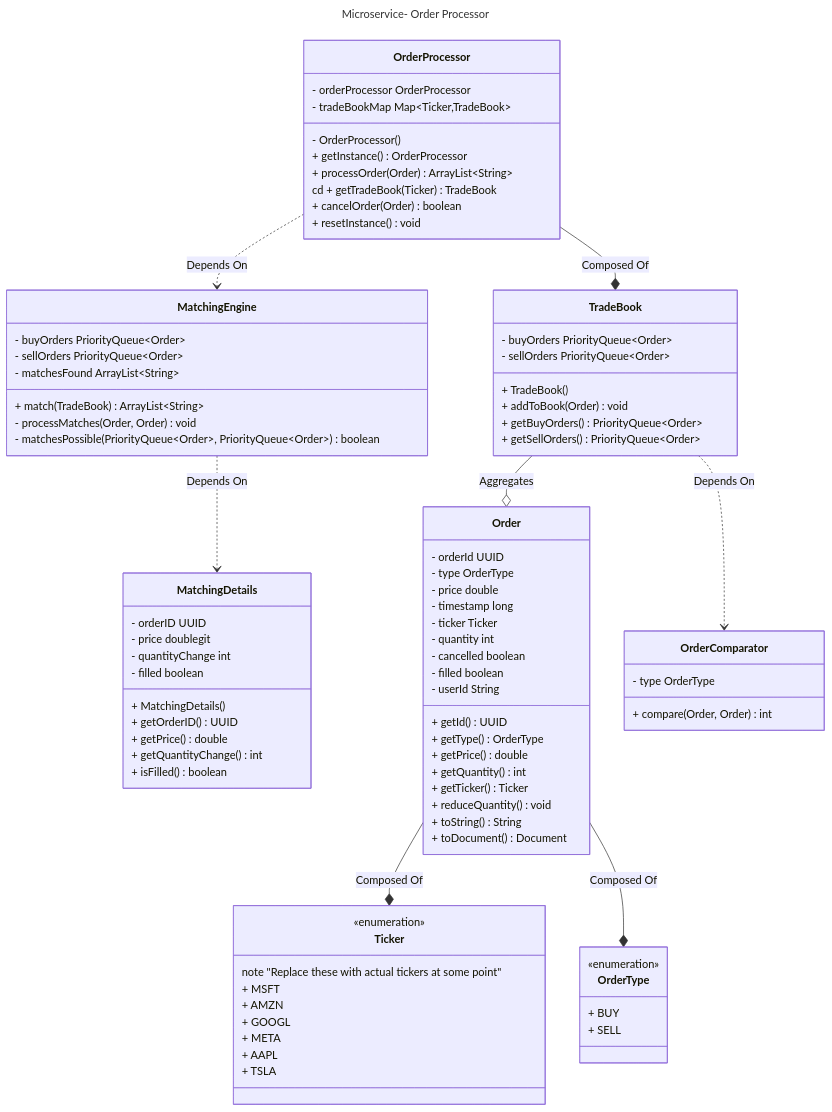
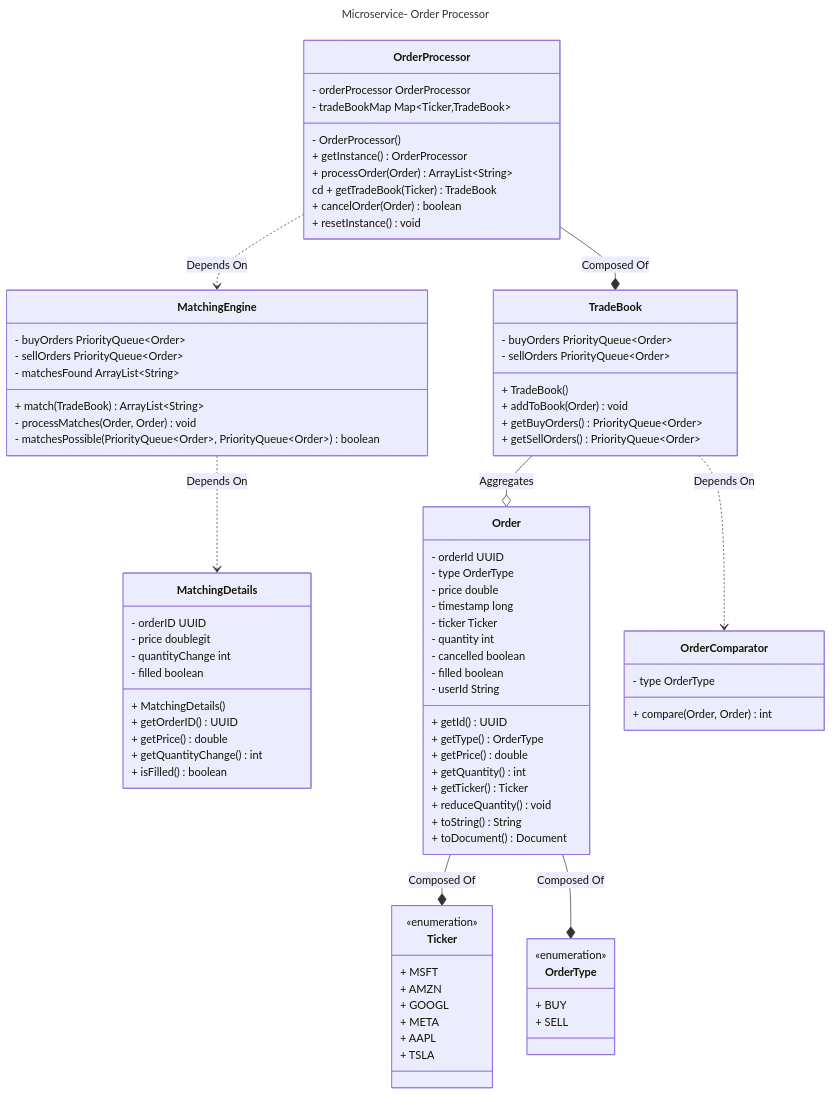
Before and after one commit to PerkinsDan/trading-platform: the diagram in Docs/orderProcessor.md, drawn with Mermaid. The commit also changed 1 other file, not shown here.

Commit message:
update market data class diagram

```diff
--- a/Docs/orderProcessor.md
+++ b/Docs/orderProcessor.md
@@ -70,7 +70,6 @@
     	+ SELL
 	}
 	class Ticker{
-    	note "Replace these with actual tickers at some point"
     	<<enumeration>>
     	+ MSFT
     	+ AMZN
```
